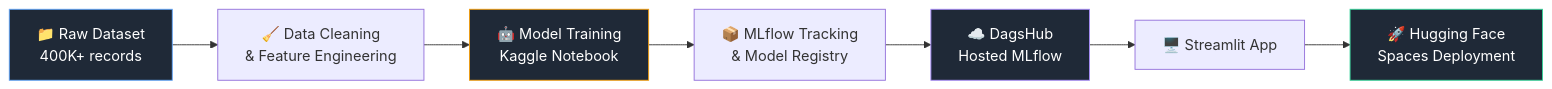
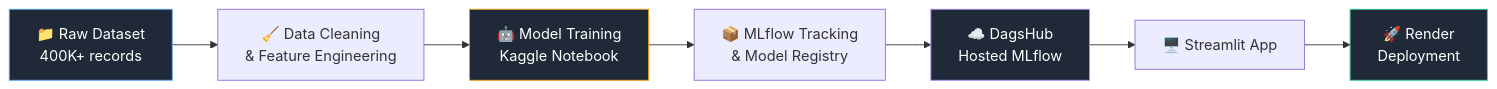
The diagram in README.md (Ankit-builds1/emi-prediction-platform), drawn with Mermaid before and after one commit. The commit also changed other lines of this file, not shown here.

````diff
--- a/README.md
+++ b/README.md
@@ -67,14 +71,14 @@
 ```mermaid
 graph LR
     A[📁 Raw Dataset<br/>400K+ records] --> B[🧹 Data Cleaning<br/>& Feature Engineering]
     B --> C[🤖 Model Training<br/>Kaggle Notebook]
     C --> D[📦 MLflow Tracking<br/>& Model Registry]
     D --> E[☁️ DagsHub<br/>Hosted MLflow]
     E --> F[🖥️ Streamlit App]
-    F --> G[🚀 Hugging Face<br/>Spaces Deployment]
+    F --> G[🚀 Render<br/>Deployment]
 
     style A fill:#1f2937,stroke:#60a5fa,color:#fff
     style C fill:#1f2937,stroke:#f59e0b,color:#fff
     style E fill:#1f2937,stroke:#a78bfa,color:#fff
     style G fill:#1f2937,stroke:#34d399,color:#fff
 ```
````
